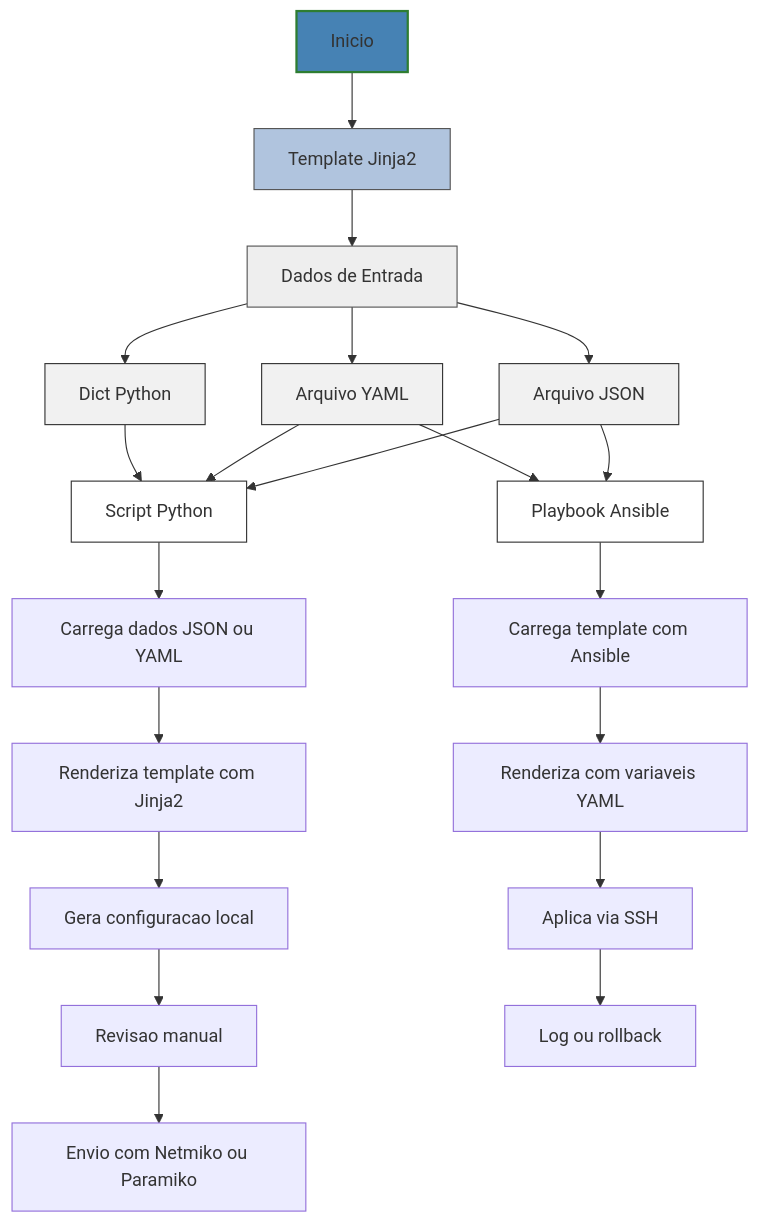
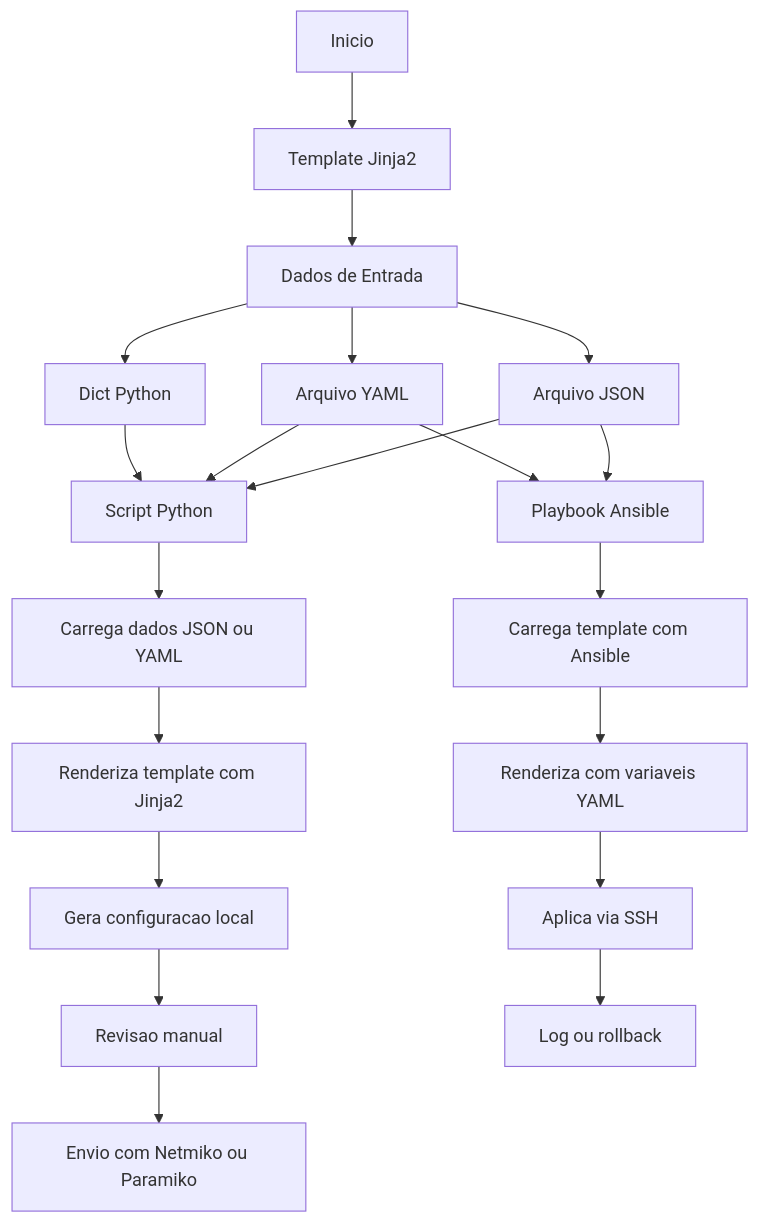
One commit to alcancil/Cisco changed the diagram in CCNP 350-401 ENCOR/06 - Automation/15- Python - Basico 10 - Manipulacao de arquivos/Arquivos/j2/README.md. Above: the diagram before and after it, drawn with Mermaid.

Commit message:
Alterado o arquivo README.md

````diff
--- a/CCNP 350-401 ENCOR/06 - Automation/15- Python - Basico 10 - Manipulacao de arquivos/Arquivos/j2/README.md
+++ b/CCNP 350-401 ENCOR/06 - Automation/15- Python - Basico 10 - Manipulacao de arquivos/Arquivos/j2/README.md
@@ -50,36 +50,25 @@
 ```mermaid
 flowchart TB
 
     A[Inicio] --> B[Template Jinja2]
     B --> C[Dados de Entrada]
 
     C --> C1[Arquivo JSON]
     C --> C2[Arquivo YAML]
     C --> C3[Dict Python]
 
     %% Caminho com Python puro
     C1 & C2 & C3 --> D[Script Python]
     D --> E[Carrega dados JSON ou YAML]
     E --> F[Renderiza template com Jinja2]
     F --> G[Gera configuracao local]
     G --> H[Revisao manual]
     H --> I[Envio com Netmiko ou Paramiko]
 
     %% Caminho com Ansible
     C1 & C2 --> J[Playbook Ansible]
     J --> K[Carrega template com Ansible]
     K --> L[Renderiza com variaveis YAML]
     L --> M[Aplica via SSH]
     M --> N[Log ou rollback]
-
-    %% Cores atualizadas
-    style A fill:#4682B4,stroke:#2e7d32,stroke-width:2px
-    style B fill:#B0C4DE,stroke:#555
-    style C fill:#eeeeee,stroke:#555
-    style C1 fill:#f1f1f1,stroke:#333
-    style C2 fill:#f1f1f1,stroke:#333
-    style C3 fill:#f1f1f1,stroke:#333
-    style D fill:#ffffff,stroke:#333
-    style J fill:#ffffff,stroke:#333
-
 ```
````
